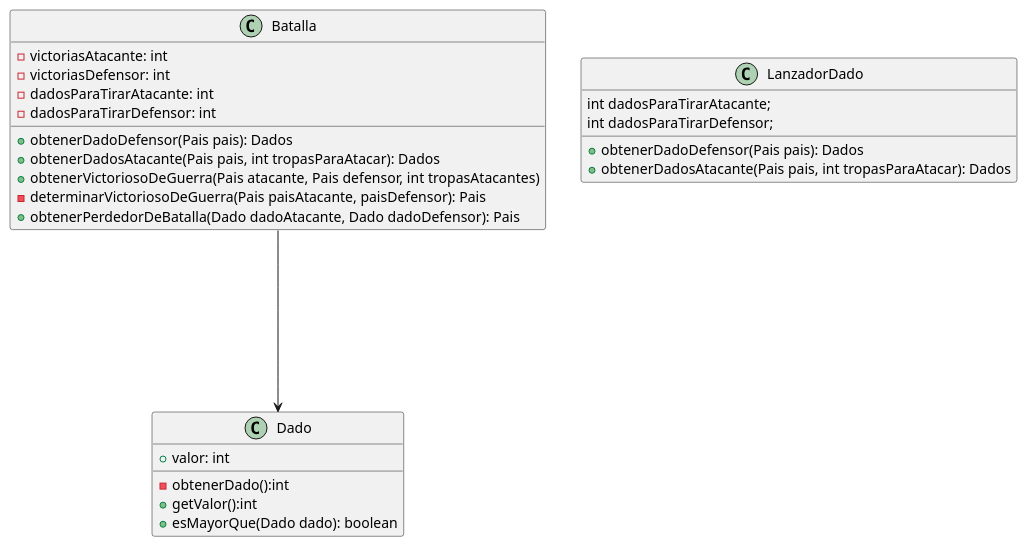
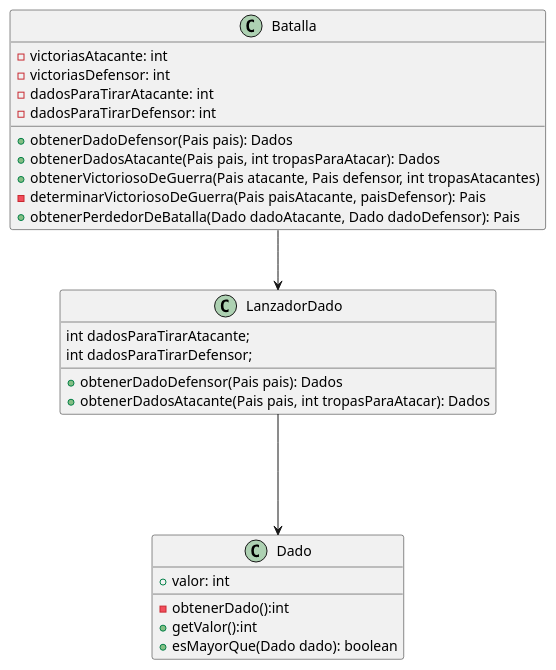
Before and after one commit to tomasshiao/TP2_Algo3: the diagram in diagramas/diagramaClaseBatalla.plantuml, drawn with PlantUML. The commit also changed 1 other file, not shown here.

Commit message:
cambios solo diagrama

```diff
--- a/diagramas/diagramaClaseBatalla.plantuml
+++ b/diagramas/diagramaClaseBatalla.plantuml
@@ -1,31 +1,32 @@
 @startuml
 class Batalla{
     -victoriasAtacante: int
     -victoriasDefensor: int
     -dadosParaTirarAtacante: int
     -dadosParaTirarDefensor: int
 
     +obtenerDadoDefensor(Pais pais): Dados
     +obtenerDadosAtacante(Pais pais, int tropasParaAtacar): Dados
     +obtenerVictoriosoDeGuerra(Pais atacante, Pais defensor, int tropasAtacantes)
     -determinarVictoriosoDeGuerra(Pais paisAtacante, paisDefensor): Pais
     +obtenerPerdedorDeBatalla(Dado dadoAtacante, Dado dadoDefensor): Pais
 }
 
 class LanzadorDado{
  int dadosParaTirarAtacante;
  int dadosParaTirarDefensor;
      +obtenerDadoDefensor(Pais pais): Dados
      +obtenerDadosAtacante(Pais pais, int tropasParaAtacar): Dados
 }
 
 class Dado{
     +valor: int
     -obtenerDado():int
     +getValor():int
     +esMayorQue(Dado dado): boolean
 }
 
-Batalla---->Dado
+Batalla-->LanzadorDado
+LanzadorDado--->Dado
 
 @enduml
```
